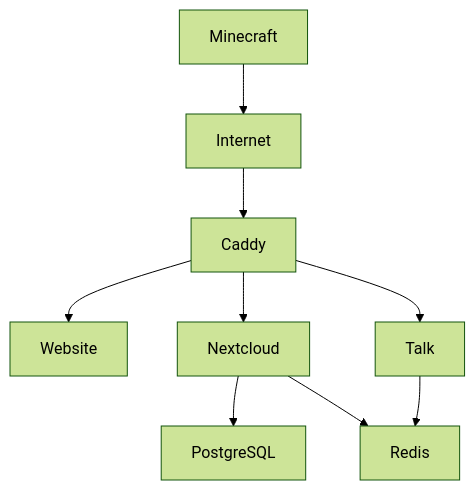
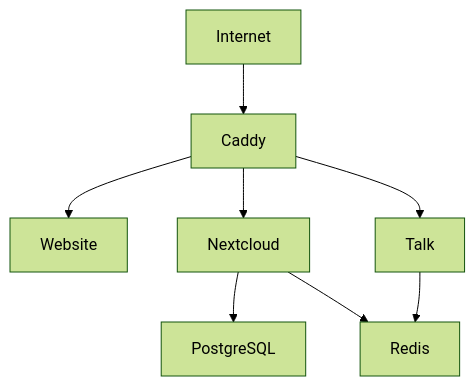
Before and after one commit to zircula-ev/infrastructure: the diagram in docs/03-architecture.md, drawn with Mermaid (forest theme).

````diff
--- a/docs/03-architecture.md
+++ b/docs/03-architecture.md
@@ -3,16 +3,15 @@
 ```mermaid
 graph TD
 
 Internet --> Caddy
 
 Caddy --> Website
 Caddy --> Nextcloud
 Caddy --> Talk
 
 Nextcloud --> PostgreSQL
 Nextcloud --> Redis
 
 Talk --> Redis
 
-Minecraft --> Internet
 ```
````
